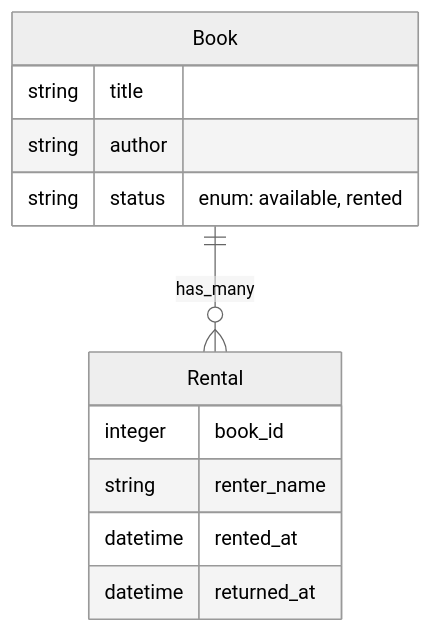
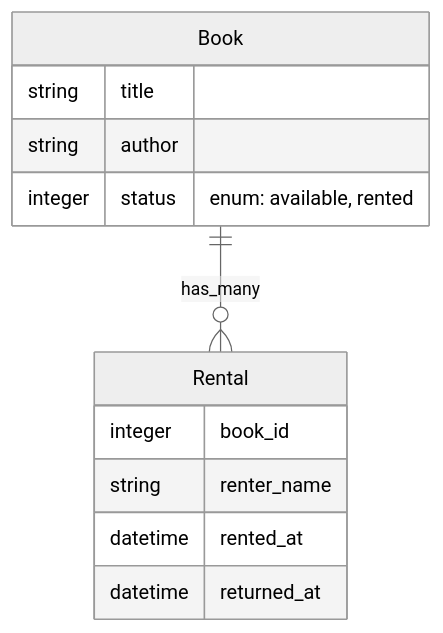
One commit to ton-tonton/rails-sample changed the diagram in README.md. Above: the diagram before and after it, drawn with Mermaid (neutral theme). The commit also changed other lines of this file, not shown here.

Commit message:
docs: Add an example dashboard table and correct the Book status type to integer in the ER diagram.

````diff
--- a/README.md
+++ b/README.md
@@ -12,17 +12,17 @@
 ```mermaid
 erDiagram
-    Book ||--o{ Rental : "has_many"
+  Book ||--o{ Rental : "has_many"
 
-    Book {
-        string title
-        string author
-        string status "enum: available, rented"
-    }
+  Book {
+    string title
+    string author
+    integer status "enum: available, rented"
+  }
 
-    Rental {
-        integer book_id
-        string renter_name
-        datetime rented_at
-        datetime returned_at
-    }
+  Rental {
+    integer book_id
+    string renter_name
+    datetime rented_at
+    datetime returned_at
+  }
 ```
````
